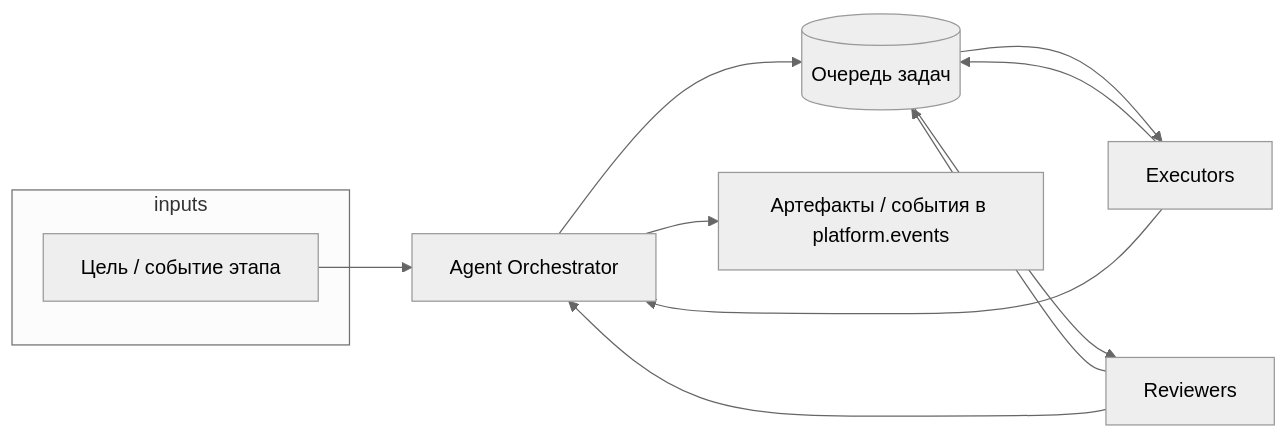
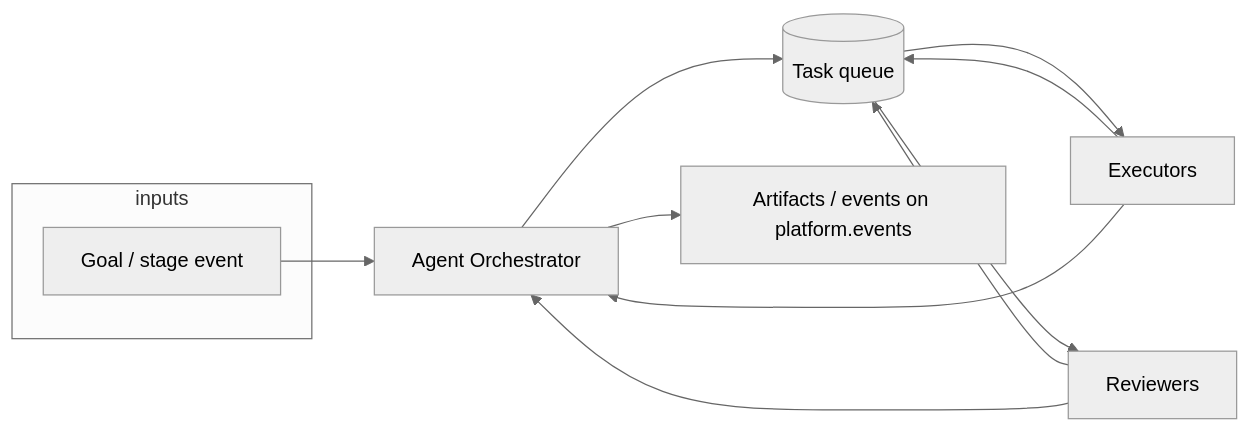
One commit to sergey-show/lambot-platform changed the diagram in Platform/ai-agents/README.md. Above: the diagram before and after it, drawn with Mermaid (neutral theme). The commit also changed other lines of this file and 119 other files, not shown here.

````diff
--- a/Platform/ai-agents/README.md
+++ b/Platform/ai-agents/README.md
@@ -15,21 +15,21 @@
 ```mermaid
 flowchart LR
   subgraph inputs
-    G[Цель / событие этапа]
+    G[Goal / stage event]
   end
   O[Agent Orchestrator]
-  Q[(Очередь задач)]
+  Q[(Task queue)]
   E[Executors]
   R[Reviewers]
-  A[Артефакты / события в platform.events]
+  A[Artifacts / events on platform.events]
 
   G --> O
   O --> Q
   Q --> E
   E --> Q
   Q --> R
   R --> Q
   O --> A
   E --> O
   R --> O
 ```
````
